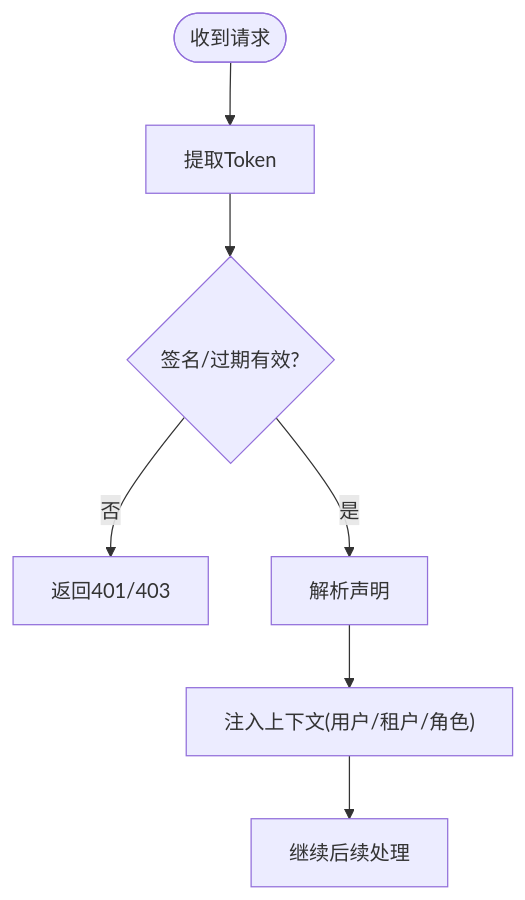
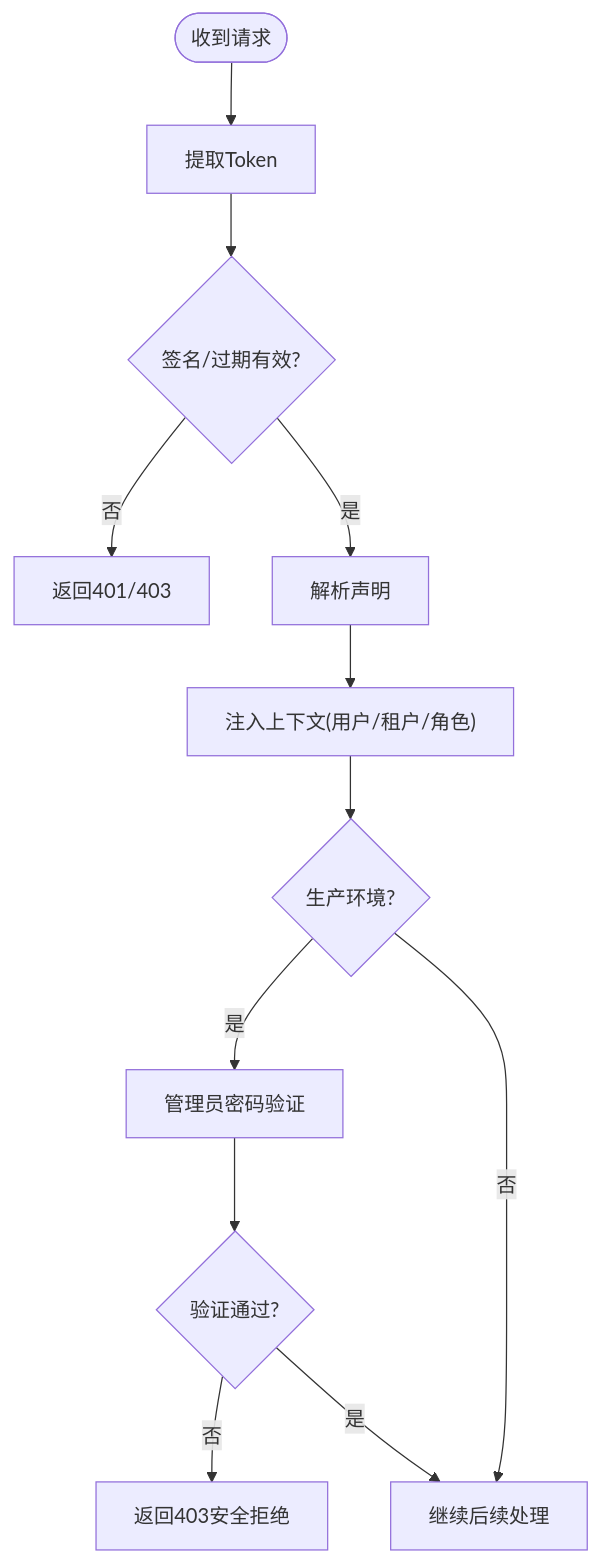
One commit to zmdhdu/NexusCockpit changed the fifth of 9 diagrams in .qoder/repowiki/zh/content/系统架构设计/微服务架构设计/API网关服务设计.md. Above: the diagram before and after it, drawn with Mermaid. The commit also changed other lines of this file and 21 other files, not shown here.

````diff
--- a/.qoder/repowiki/zh/content/系统架构设计/微服务架构设计/API网关服务设计.md
+++ b/.qoder/repowiki/zh/content/系统架构设计/微服务架构设计/API网关服务设计.md
@@ -242,9 +260,14 @@
 ```mermaid
 flowchart TD
 In(["收到请求"]) --> Extract["提取Token"]
 Extract --> Verify{"签名/过期有效?"}
 Verify --> |否| Deny["返回401/403"]
 Verify --> |是| Parse["解析声明"]
 Parse --> Inject["注入上下文(用户/租户/角色)"]
-Inject --> Next["继续后续处理"]
+Inject --> ProdCheck{"生产环境?"}
+ProdCheck --> |是| AdminPass["管理员密码验证"]
+AdminPass --> PassCheck{"验证通过?"}
+PassCheck --> |否| SecurityDeny["返回403安全拒绝"]
+PassCheck --> |是| Next["继续后续处理"]
+ProdCheck --> |否| Next
 ```
````
